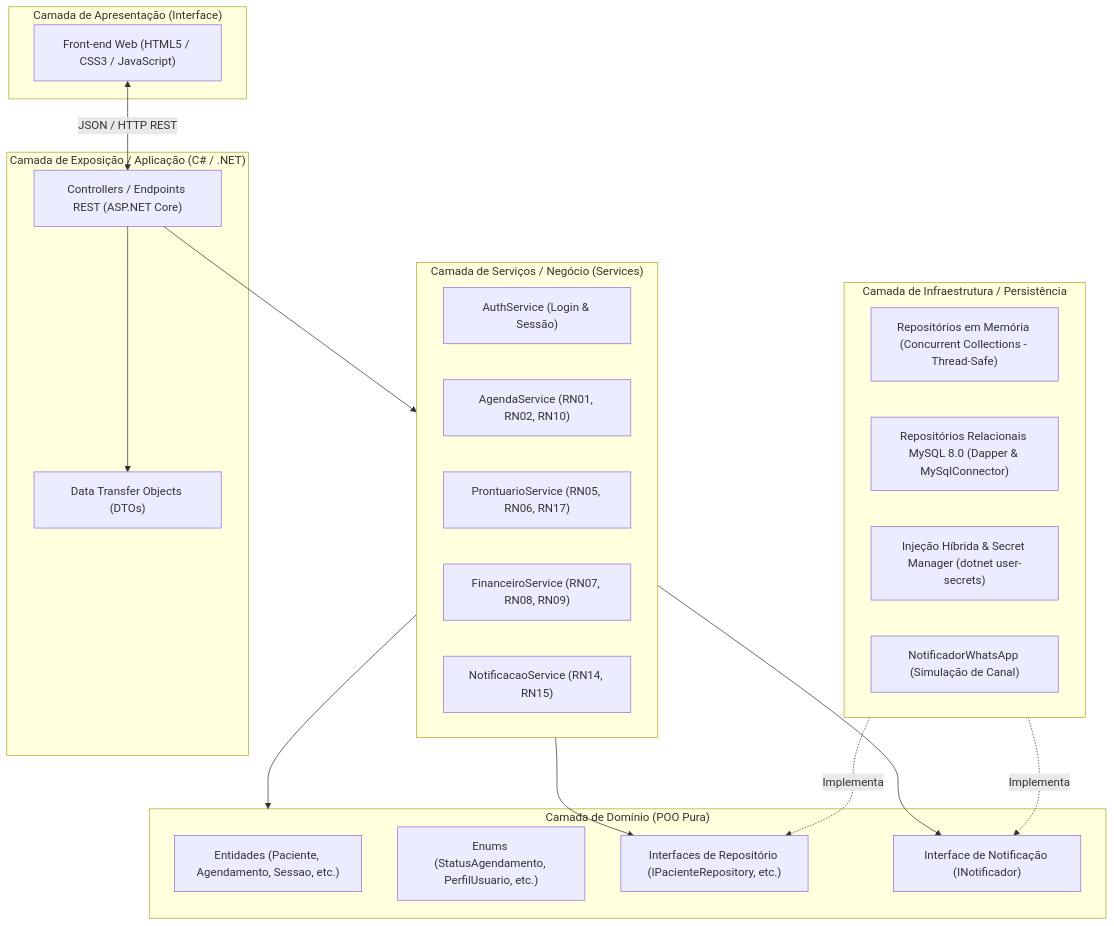
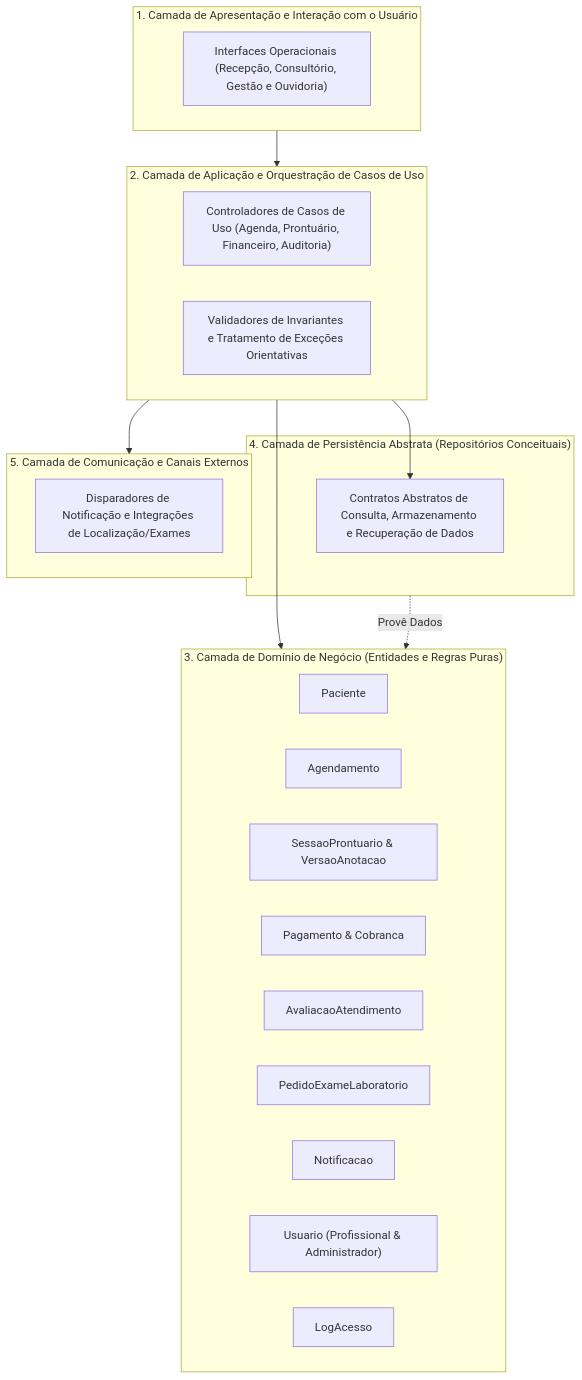
The first of 8 diagrams in docs/design/SDD_Software_Design_Document.md (Davi-Felinto/Sistema-de-Agendamento-e-Pronturio-para-Clinicas-Pequenas), drawn with Mermaid before and after one commit. The commit also changed other lines of this file and 13 other files, not shown here.

First line of the commit message:
feat: transicao para piloto comercial com registro, feedback, gestao de dados e validacao agent-browser

````diff
--- a/docs/design/SDD_Software_Design_Document.md
+++ b/docs/design/SDD_Software_Design_Document.md
@@ -68,42 +37,37 @@
 ```mermaid
 flowchart TD
-    subgraph UI ["Camada de Apresentação (Interface)"]
-        WEB["Front-end Web (HTML5 / CSS3 / JavaScript)"]
+    subgraph UI ["1. Camada de Apresentação e Interação com o Usuário"]
+        INTERF["Interfaces Operacionais (Recepção, Consultório, Gestão e Ouvidoria)"]
     end
 
-    subgraph API ["Camada de Exposição / Aplicação (C# / .NET)"]
-        CTRL["Controllers / Endpoints REST (ASP.NET Core)"]
-        DTO["Data Transfer Objects (DTOs)"]
+    subgraph APP ["2. Camada de Aplicação e Orquestração de Casos de Uso"]
+        CASOS["Controladores de Casos de Uso (Agenda, Prontuário, Financeiro, Auditoria)"]
+        VALID["Validadores de Invariantes e Tratamento de Exceções Orientativas"]
     end
 
-    subgraph SERV ["Camada de Serviços / Negócio (Services)"]
-        AUTH_S["AuthService (Login & Sessão)"]
-        AG_S["AgendaService (RN01, RN02, RN10)"]
-        PR_S["ProntuarioService (RN05, RN06, RN17)"]
-        FIN_S["FinanceiroService (RN07, RN08, RN09)"]
-        NOT_S["NotificacaoService (RN14, RN15)"]
+    subgraph DOMAIN ["3. Camada de Domínio de Negócio (Entidades e Regras Puras)"]
+        PAC["Paciente"]
+        AG["Agendamento"]
+        PRONT["SessaoProntuario & VersaoAnotacao"]
+        PAG["Pagamento & Cobranca"]
+        OUV["AvaliacaoAtendimento"]
+        LAB["PedidoExameLaboratorio"]
+        NOTIF["Notificacao"]
+        USR["Usuario (Profissional & Administrador)"]
+        LOGS["LogAcesso"]
     end
 
-    subgraph DOMAIN ["Camada de Domínio (POO Pura)"]
-        ENT["Entidades (Paciente, Agendamento, Sessao, etc.)"]
-        ENUMS["Enums (StatusAgendamento, PerfilUsuario, etc.)"]
-        IR["Interfaces de Repositório (IPacienteRepository, etc.)"]
-        INOT["Interface de Notificação (INotificador)"]
+    subgraph REPO ["4. Camada de Persistência Abstrata (Repositórios Conceituais)"]
+        IREPO["Contratos Abstratos de Consulta, Armazenamento e Recuperação de Dados"]
     end
 
-    subgraph INFRA ["Camada de Infraestrutura / Persistência"]
-        MEM["Repositórios em Memória (Concurrent Collections - Thread-Safe)"]
-        MYSQL["Repositórios Relacionais MySQL 8.0 (Dapper & MySqlConnector)"]
-        DI_HYBRID["Injeção Híbrida & Secret Manager (dotnet user-secrets)"]
-        WHATS["NotificadorWhatsApp (Simulação de Canal)"]
+    subgraph EXT ["5. Camada de Comunicação e Canais Externos"]
+        MENSAG["Disparadores de Notificação e Integrações de Localização/Exames"]
     end
 
-    WEB <-->|"JSON / HTTP REST"| CTRL
-    CTRL --> DTO
-    CTRL --> SERV
-    SERV --> DOMAIN
-    SERV --> IR
-    SERV --> INOT
-    INFRA -.->|Implementa| IR
-    INFRA -.->|Implementa| INOT
+    UI --> APP
+    APP --> DOMAIN
+    APP --> IREPO
+    APP --> EXT
+    REPO -.->|Provê Dados| DOMAIN
 ```
````
